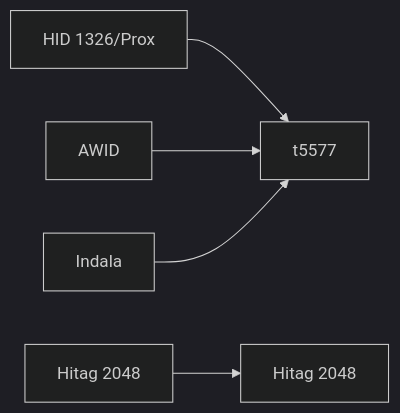
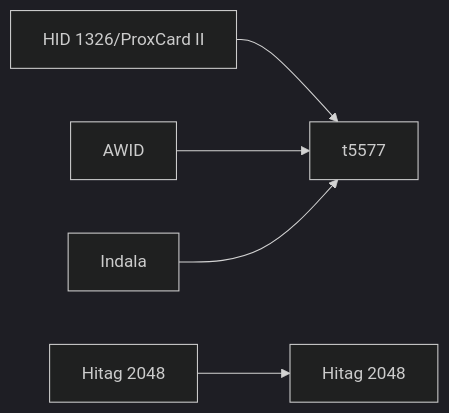
One commit to dangerous-tac0s/pm3_documentation changed the diagram in chips/LOW_FREQUENCY_CHIPS.md. Above: the diagram before and after it, drawn with Mermaid (dark theme).

````diff
--- a/chips/LOW_FREQUENCY_CHIPS.md
+++ b/chips/LOW_FREQUENCY_CHIPS.md
@@ -7,9 +7,9 @@
 ```mermaid
   flowchart LR;
       B1[t5577];
-      A2[HID 1326/Prox] --> B1;
+      A2[HID 1326/ProxCard II] --> B1;
       A3[AWID] --> B1;
       A4[Indala] --> B1;
       AX[Hitag 2048] --> B2[Hitag 2048];
 
 ```
````
